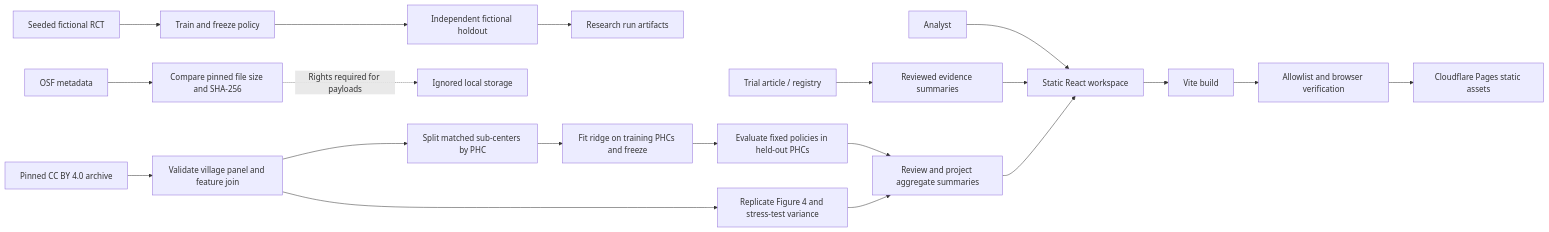
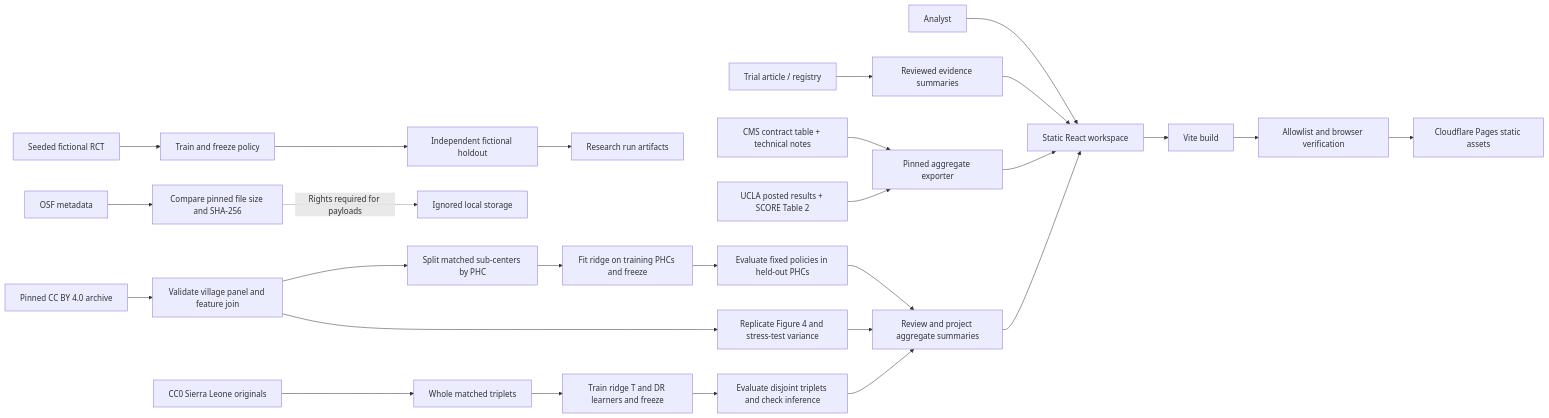
Before and after one commit to AbhinavVarma02/Patient-Outreach-Optimization: the first of 3 diagrams in docs/ARCHITECTURE.md, drawn with Mermaid. The commit also changed other lines of this file and 40 other files, not shown here.

````diff
--- a/docs/ARCHITECTURE.md
+++ b/docs/ARCHITECTURE.md
@@ -3,22 +3,29 @@
 ```mermaid
 flowchart LR
   Analyst --> Workspace["Static React workspace"]
   Sources["Trial article / registry"] --> Reviewed["Reviewed evidence summaries"]
   Reviewed --> Workspace
+  CMS["CMS contract table + technical notes"] --> US["Pinned aggregate exporter"]
+  Registry["UCLA posted results + SCORE Table 2"] --> US
+  US --> Workspace
   Fiction["Seeded fictional RCT"] --> Train["Train and freeze policy"]
   Train --> Eval["Independent fictional holdout"]
   Eval --> Reports["Research run artifacts"]
   OSF["OSF metadata"] --> Verify["Compare pinned file size and SHA-256"]
   Verify -. "Rights required for payloads" .-> Restricted["Ignored local storage"]
   Haryana["Pinned CC BY 4.0 archive"] --> Contract["Validate village panel and feature join"]
   Contract --> Figure["Replicate Figure 4 and stress-test variance"]
   Contract --> Geo["Split matched sub-centers by PHC"]
   Geo --> Frozen["Fit ridge on training PHCs and freeze"]
   Frozen --> Score["Evaluate fixed policies in held-out PHCs"]
   Score --> Aggregate["Review and project aggregate summaries"]
   Figure --> Aggregate
+  SL["CC0 Sierra Leone originals"] --> Match["Whole matched triplets"]
+  Match --> Fit["Train ridge T and DR learners and freeze"]
+  Fit --> Holdout["Evaluate disjoint triplets and check inference"]
+  Holdout --> Aggregate
   Aggregate --> Workspace
   Workspace --> Build["Vite build"]
   Build --> Gate["Allowlist and browser verification"]
   Gate --> Pages["Cloudflare Pages static assets"]
 ```
````
